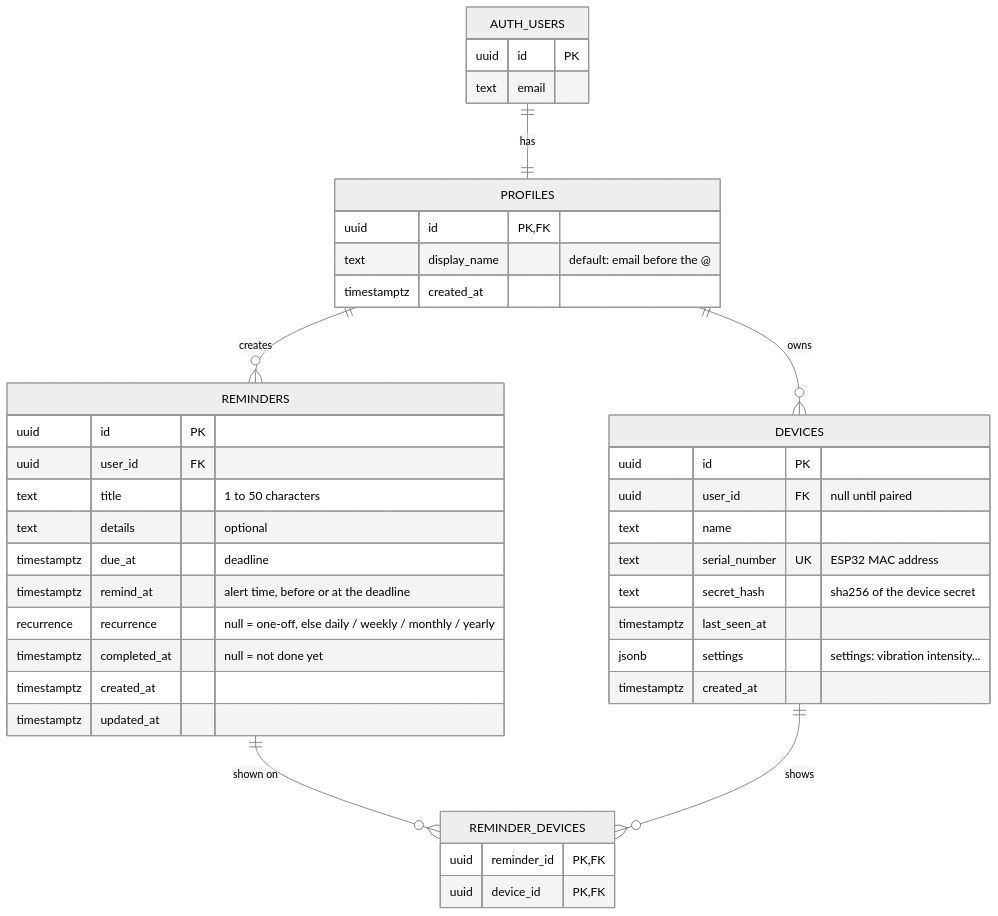
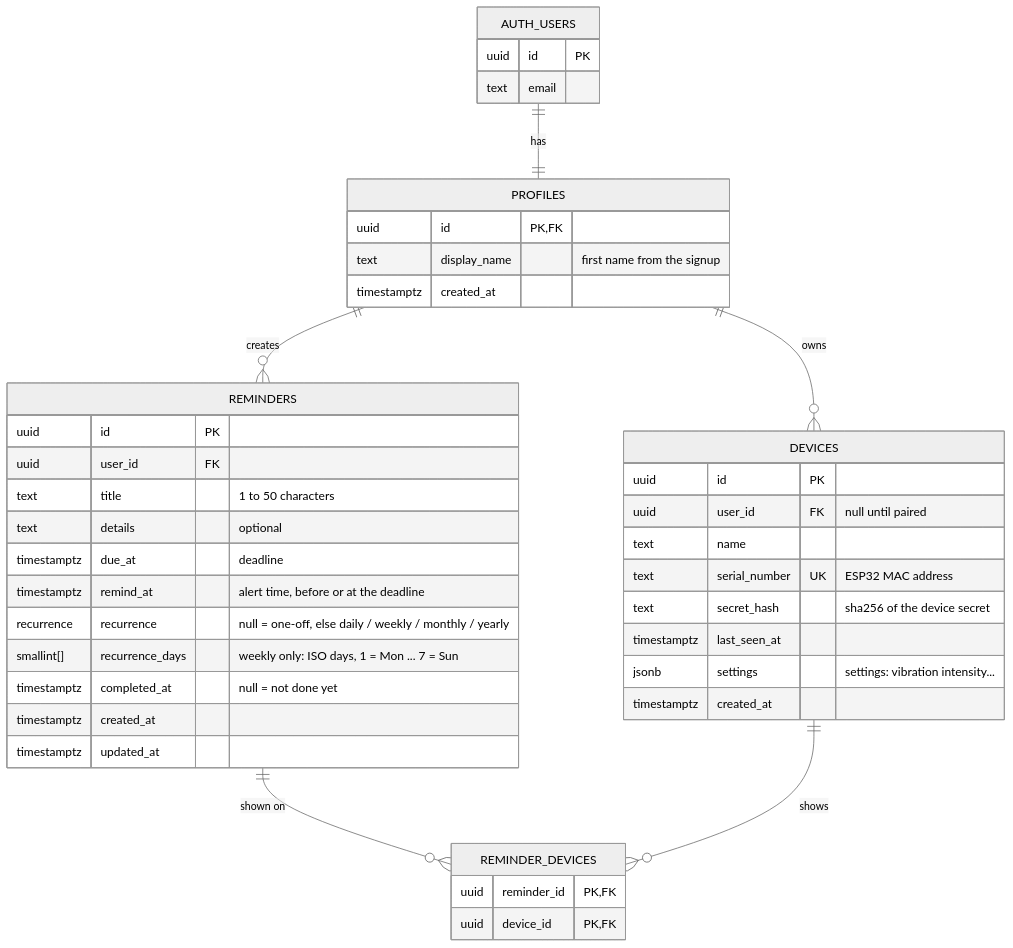
The diagram in database/schema.md (acronoxx/desk-companion), drawn with Mermaid (neutral theme) before and after one commit. The commit also changed other lines of this file and 49 other files, not shown here.

````diff
--- a/database/schema.md
+++ b/database/schema.md
@@ -9,48 +9,49 @@
 ```mermaid
 erDiagram
     AUTH_USERS ||--|| PROFILES : "has"
     PROFILES ||--o{ DEVICES : "owns"
     PROFILES ||--o{ REMINDERS : "creates"
     REMINDERS ||--o{ REMINDER_DEVICES : "shown on"
     DEVICES ||--o{ REMINDER_DEVICES : "shows"
 
     AUTH_USERS {
         uuid id PK
         text email
     }
 
     PROFILES {
         uuid id PK, FK
-        text display_name "default: email before the @"
+        text display_name "first name from the signup"
         timestamptz created_at
     }
 
     DEVICES {
         uuid id PK
         uuid user_id FK "null until paired"
         text name
         text serial_number UK "ESP32 MAC address"
         text secret_hash "sha256 of the device secret"
         timestamptz last_seen_at
         jsonb settings "settings: vibration intensity..."
         timestamptz created_at
     }
 
     REMINDERS {
         uuid id PK
         uuid user_id FK
         text title "1 to 50 characters"
         text details "optional"
         timestamptz due_at "deadline"
         timestamptz remind_at "alert time, before or at the deadline"
         recurrence recurrence "null = one-off, else daily / weekly / monthly / yearly"
+        smallint[] recurrence_days "weekly only: ISO days, 1 = Mon ... 7 = Sun"
         timestamptz completed_at "null = not done yet"
         timestamptz created_at
         timestamptz updated_at
     }
 
     REMINDER_DEVICES {
         uuid reminder_id PK, FK
         uuid device_id PK, FK
     }
 ```
````
